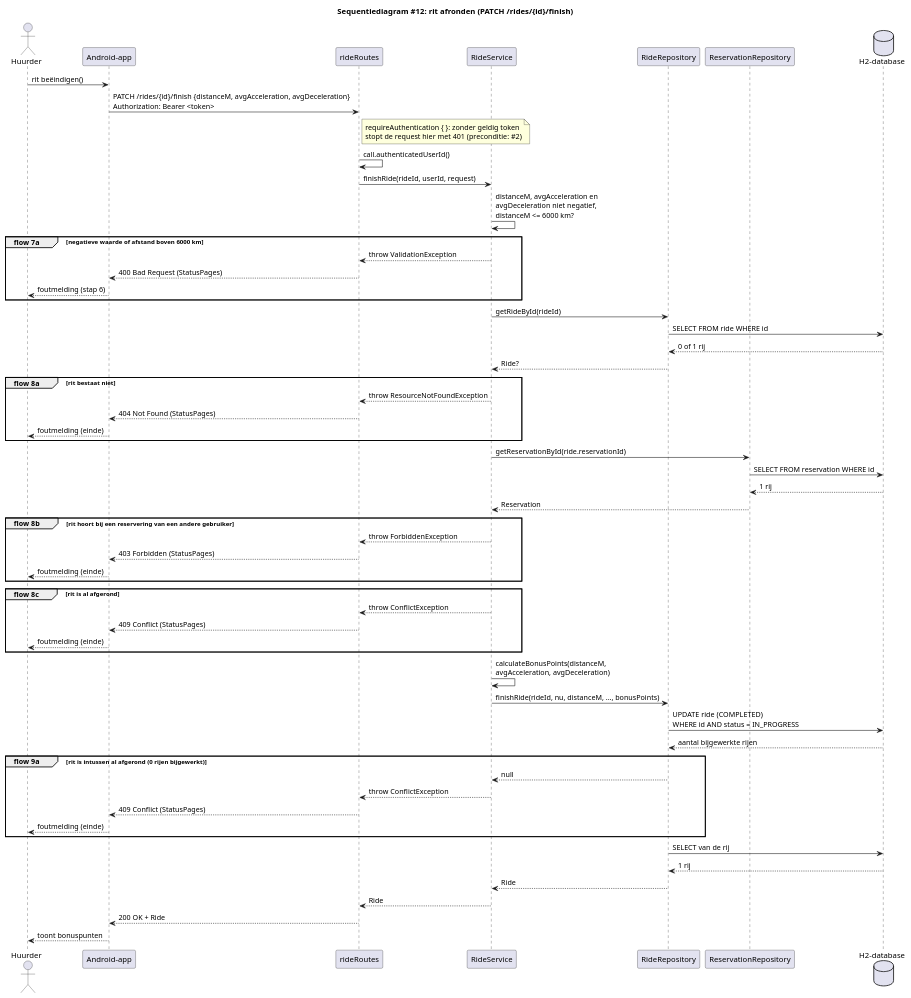
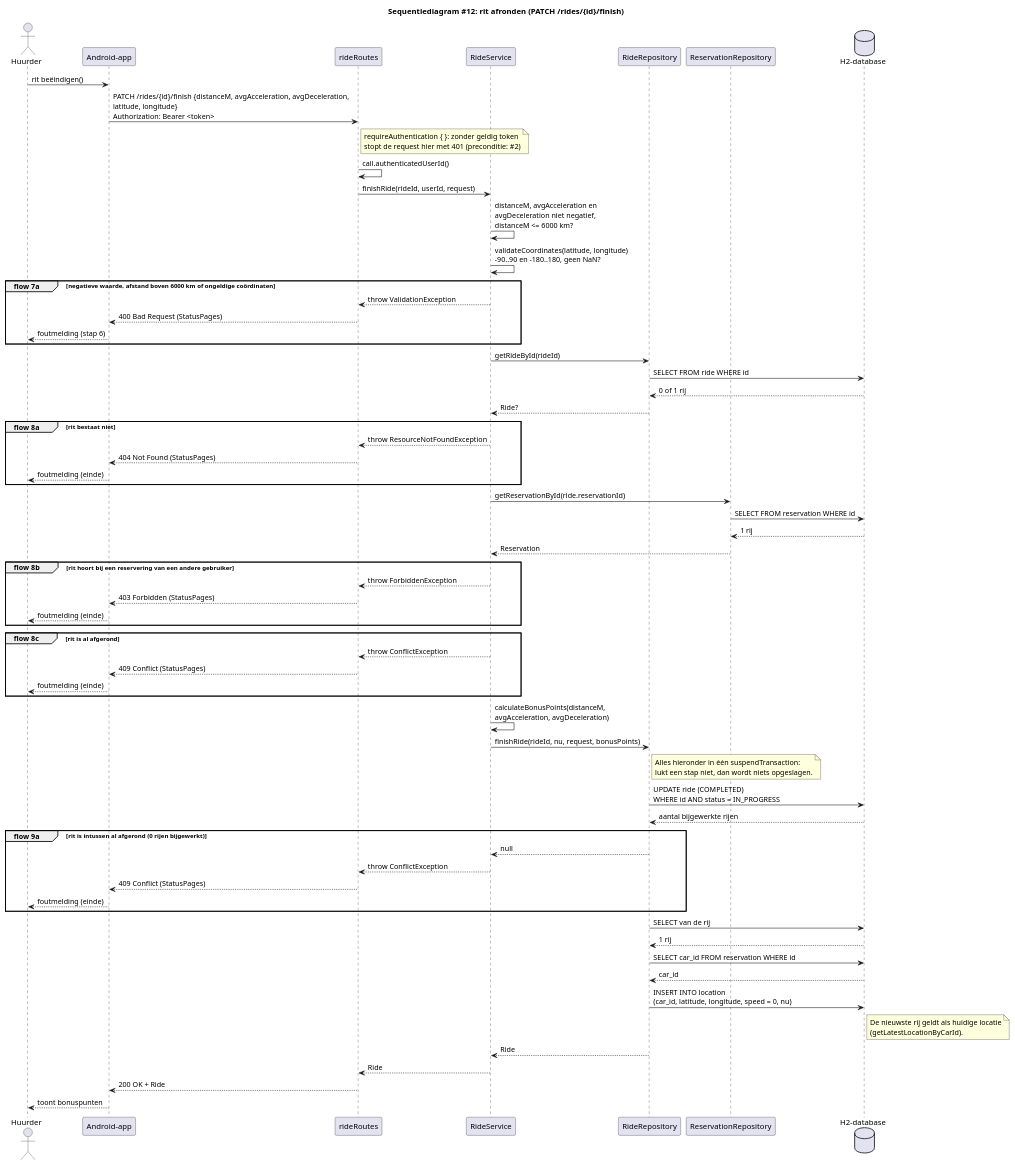
The diagram in diagrams/sequence/FinishRide.puml (MarkPrins18/hbo-leerjaar2), drawn with PlantUML before and after one commit. The commit also changed 9 other files, not shown here.

First line of the commit message:
feat: locatie insturen bij het afronden van een rit

```diff
--- a/diagrams/sequence/FinishRide.puml
+++ b/diagrams/sequence/FinishRide.puml
@@ -1,75 +1,88 @@
 @startuml FinishRide
 title Sequentiediagram #12: rit afronden (PATCH /rides/{id}/finish)
 
 actor Huurder as g
 participant "Android-app" as app
 participant "rideRoutes" as rt
 participant "RideService" as svc
 participant "RideRepository" as riderepo
 participant "ReservationRepository" as resrepo
 database "H2-database" as db
 
 g -> app : rit beëindigen()
-app -> rt : PATCH /rides/{id}/finish {distanceM, avgAcceleration, avgDeceleration}\nAuthorization: Bearer <token>
+app -> rt : PATCH /rides/{id}/finish {distanceM, avgAcceleration, avgDeceleration,\nlatitude, longitude}\nAuthorization: Bearer <token>
 note right of rt
   requireAuthentication { }: zonder geldig token
   stopt de request hier met 401 (preconditie: #2)
 end note
 rt -> rt : call.authenticatedUserId()
 rt -> svc : finishRide(rideId, userId, request)
 svc -> svc : distanceM, avgAcceleration en\navgDeceleration niet negatief,\ndistanceM <= 6000 km?
+svc -> svc : validateCoordinates(latitude, longitude)\n-90..90 en -180..180, geen NaN?
 
-group flow 7a [negatieve waarde of afstand boven 6000 km]
+group flow 7a [negatieve waarde, afstand boven 6000 km of ongeldige coördinaten]
     svc --> rt : throw ValidationException
     rt --> app : 400 Bad Request (StatusPages)
     app --> g : foutmelding (stap 6)
 end
 
 svc -> riderepo : getRideById(rideId)
 riderepo -> db : SELECT FROM ride WHERE id
 db --> riderepo : 0 of 1 rij
 riderepo --> svc : Ride?
 
 group flow 8a [rit bestaat niet]
     svc --> rt : throw ResourceNotFoundException
     rt --> app : 404 Not Found (StatusPages)
     app --> g : foutmelding (einde)
 end
 
 svc -> resrepo : getReservationById(ride.reservationId)
 resrepo -> db : SELECT FROM reservation WHERE id
 db --> resrepo : 1 rij
 resrepo --> svc : Reservation
 
 group flow 8b [rit hoort bij een reservering van een andere gebruiker]
     svc --> rt : throw ForbiddenException
     rt --> app : 403 Forbidden (StatusPages)
     app --> g : foutmelding (einde)
 end
 
 group flow 8c [rit is al afgerond]
     svc --> rt : throw ConflictException
     rt --> app : 409 Conflict (StatusPages)
     app --> g : foutmelding (einde)
 end
 
 svc -> svc : calculateBonusPoints(distanceM,\navgAcceleration, avgDeceleration)
-svc -> riderepo : finishRide(rideId, nu, distanceM, ..., bonusPoints)
+svc -> riderepo : finishRide(rideId, nu, request, bonusPoints)
+note right of riderepo
+  Alles hieronder in één suspendTransaction:
+  lukt een stap niet, dan wordt niets opgeslagen.
+end note
 riderepo -> db : UPDATE ride (COMPLETED)\nWHERE id AND status = IN_PROGRESS
 db --> riderepo : aantal bijgewerkte rijen
 
 group flow 9a [rit is intussen al afgerond (0 rijen bijgewerkt)]
     riderepo --> svc : null
     svc --> rt : throw ConflictException
     rt --> app : 409 Conflict (StatusPages)
     app --> g : foutmelding (einde)
 end
 
 riderepo -> db : SELECT van de rij
 db --> riderepo : 1 rij
+riderepo -> db : SELECT car_id FROM reservation WHERE id
+db --> riderepo : car_id
+riderepo -> db : INSERT INTO location\n(car_id, latitude, longitude, speed = 0, nu)
+note right of db
+  De nieuwste rij geldt als huidige locatie
+  (getLatestLocationByCarId).
+end note
 riderepo --> svc : Ride
+
 svc --> rt : Ride
 rt --> app : 200 OK + Ride
 app --> g : toont bonuspunten
 
 @enduml
```
